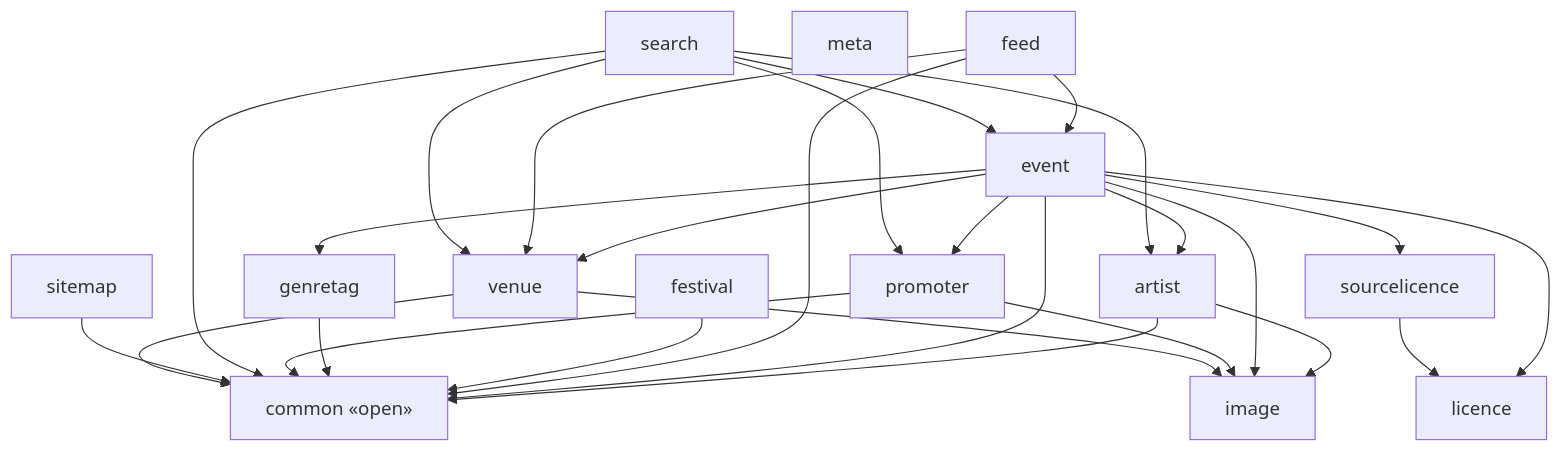
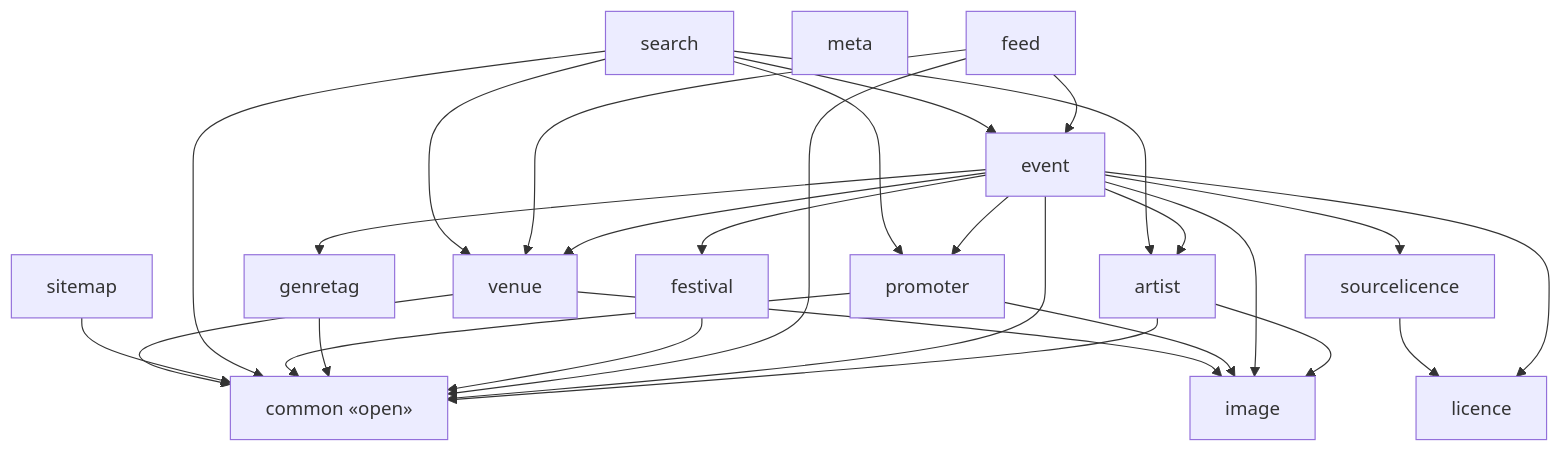
Before and after one commit to enorm-labs/event-junkie: the diagram in docs/architecture/modules-events-bff.md, drawn with Mermaid. The commit also changed 58 other files, not shown here.

````diff
--- a/docs/architecture/modules-events-bff.md
+++ b/docs/architecture/modules-events-bff.md
@@ -9,44 +9,45 @@
 ```mermaid
 flowchart TD
     artist["artist"]
     common["common «open»"]
     event["event"]
     feed["feed"]
     festival["festival"]
     genretag["genretag"]
     image["image"]
     licence["licence"]
     meta["meta"]
     promoter["promoter"]
     search["search"]
     sitemap["sitemap"]
     sourcelicence["sourcelicence"]
     venue["venue"]
 
     artist --> common
     artist --> image
     event --> artist
     event --> common
+    event --> festival
     event --> genretag
     event --> image
     event --> licence
     event --> promoter
     event --> sourcelicence
     event --> venue
     feed --> common
     feed --> event
     feed --> venue
     festival --> common
     genretag --> common
     promoter --> common
     promoter --> image
     search --> artist
     search --> common
     search --> event
     search --> promoter
     search --> venue
     sitemap --> common
     sourcelicence --> licence
     venue --> common
     venue --> image
 ```
````
